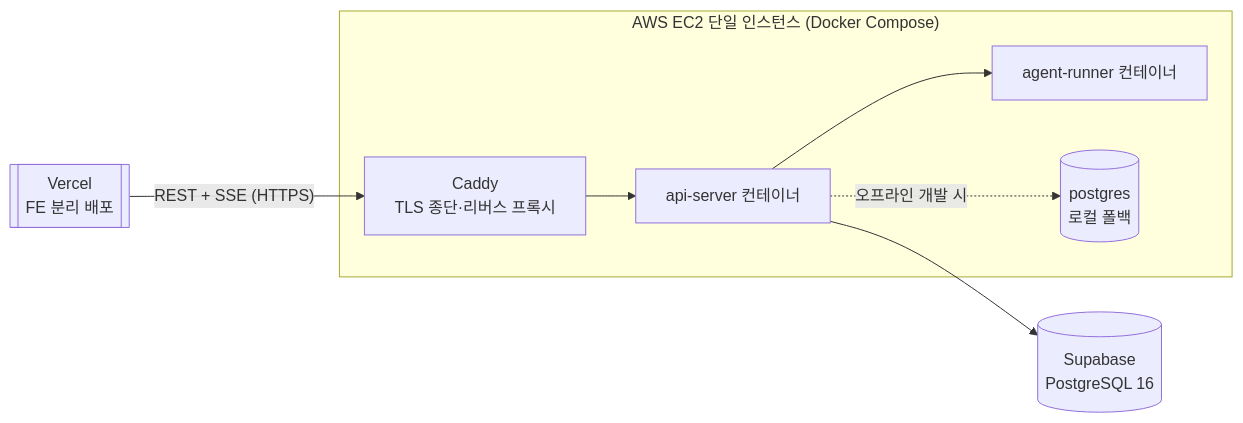
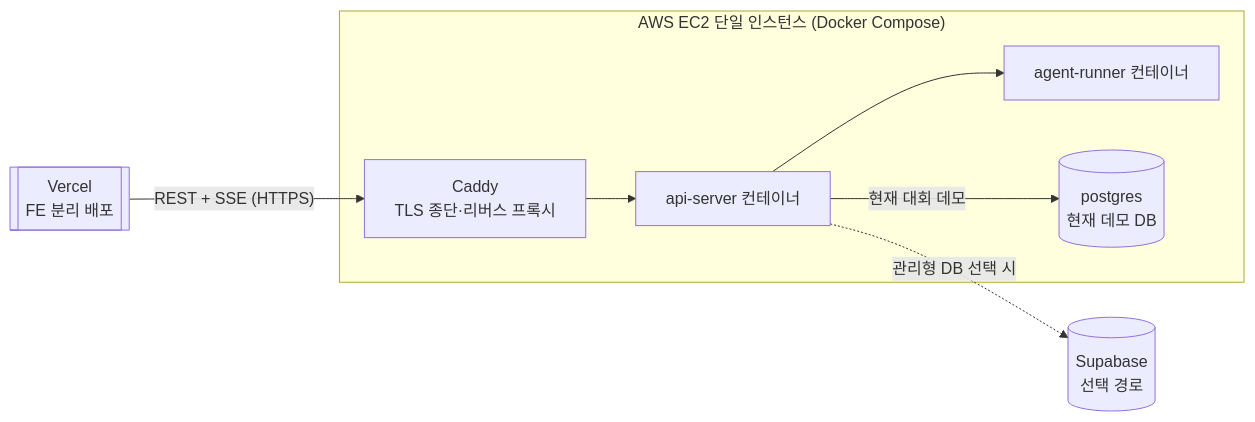
Before and after one commit to peachoath/vibeguard: the tenth of 10 diagrams in DOCS/VibeGuard_Architecture.md, drawn with Mermaid. The commit also changed other lines of this file and 7 other files, not shown here.

````diff
--- a/DOCS/VibeGuard_Architecture.md
+++ b/DOCS/VibeGuard_Architecture.md
@@ -392,17 +392,17 @@
 ```mermaid
 flowchart LR
     subgraph EC2["AWS EC2 단일 인스턴스 (Docker Compose)"]
         CADDY[Caddy<br/>TLS 종단·리버스 프록시]
         APIc[api-server 컨테이너]
         AGENTc[agent-runner 컨테이너]
-        PGc[(postgres<br/>로컬 폴백)]
+        PGc[(postgres<br/>현재 데모 DB)]
     end
     VERCEL[[Vercel<br/>FE 분리 배포]]
-    SUPA[(Supabase<br/>PostgreSQL 16)]
+    SUPA[(Supabase<br/>선택 경로)]
 
     VERCEL -->|"REST + SSE (HTTPS)"| CADDY
     CADDY --> APIc
     APIc --> AGENTc
-    APIc --> SUPA
-    APIc -.->|오프라인 개발 시| PGc
+    APIc -->|현재 대회 데모| PGc
+    APIc -.->|관리형 DB 선택 시| SUPA
 ```
````
